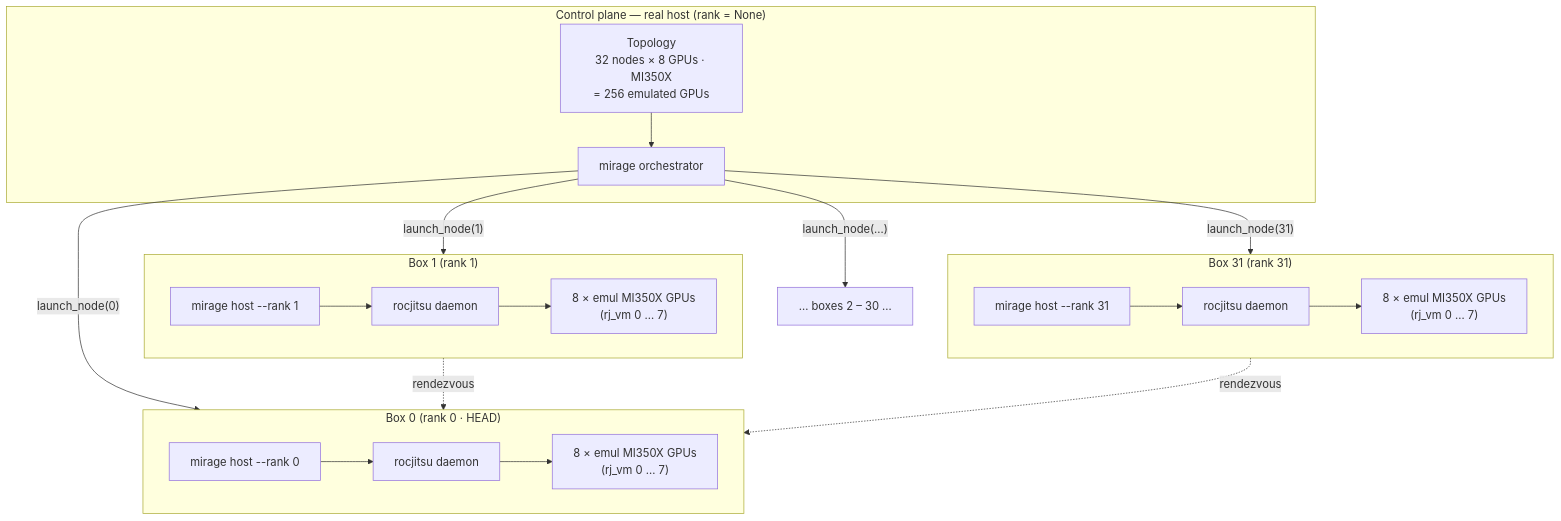
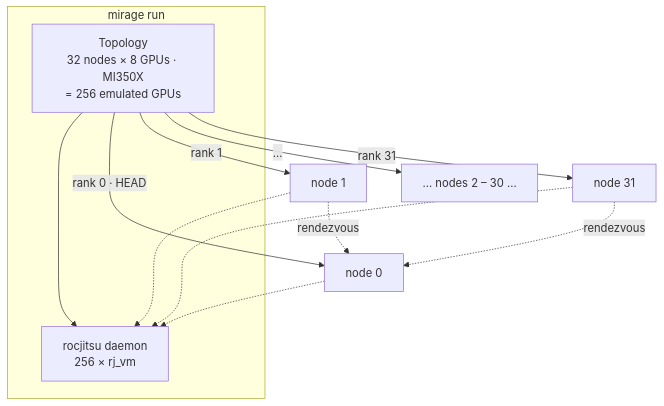
One commit to ROCm/rocm-systems changed the tenth of 14 diagrams in emulation/mirage/docs/demo-debugging-at-scale.md. Above: the diagram before and after it, drawn with Mermaid. The commit also changed other lines of this file and 148 other files, not shown here.

````diff
--- a/emulation/mirage/docs/demo-debugging-at-scale.md
+++ b/emulation/mirage/docs/demo-debugging-at-scale.md
@@ -346,29 +348,19 @@
 ```mermaid
 flowchart TB
-    subgraph plane["Control plane — real host (rank = None)"]
+    subgraph proc["mirage run"]
       TOPO["Topology<br/>32 nodes × 8 GPUs · MI350X<br/>= 256 emulated GPUs"]
-      ORCH["mirage orchestrator"]
-      TOPO --> ORCH
+      DAEM["rocjitsu daemon<br/>256 × rj_vm"]
+      TOPO --> DAEM
     end
 
-    ORCH -->|"launch_node(0)"| B0
-    ORCH -->|"launch_node(1)"| B1
-    ORCH -->|"launch_node(…)"| BE["… boxes 2 – 30 …"]
-    ORCH -->|"launch_node(31)"| B31
+    TOPO -->|"rank 0 · HEAD"| B0["node 0"]
+    TOPO -->|"rank 1"| B1["node 1"]
+    TOPO -->|"…"| BE["… nodes 2 – 30 …"]
+    TOPO -->|"rank 31"| B31["node 31"]
 
-    subgraph B0["Box 0 (rank 0 · HEAD)"]
-      H0["mirage host --rank 0"] --> D0["rocjitsu daemon"]
-      D0 --> GG0["8 × emul MI350X GPUs<br/>(rj_vm 0 … 7)"]
-    end
-    subgraph B1["Box 1 (rank 1)"]
-      H1["mirage host --rank 1"] --> D1["rocjitsu daemon"]
-      D1 --> GG1["8 × emul MI350X GPUs<br/>(rj_vm 0 … 7)"]
-    end
-    subgraph B31["Box 31 (rank 31)"]
-      H31["mirage host --rank 31"] --> D31["rocjitsu daemon"]
-      D31 --> GG31["8 × emul MI350X GPUs<br/>(rj_vm 0 … 7)"]
-    end
-
+    B0 -.-> DAEM
+    B1 -.-> DAEM
+    B31 -.-> DAEM
     B1 -. rendezvous .-> B0
     B31 -. rendezvous .-> B0
 ```
````
